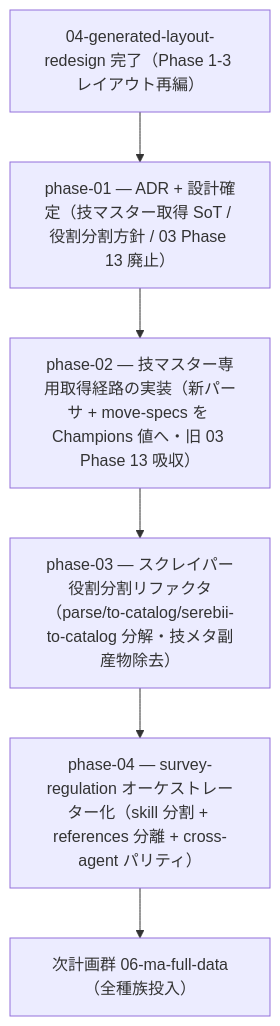
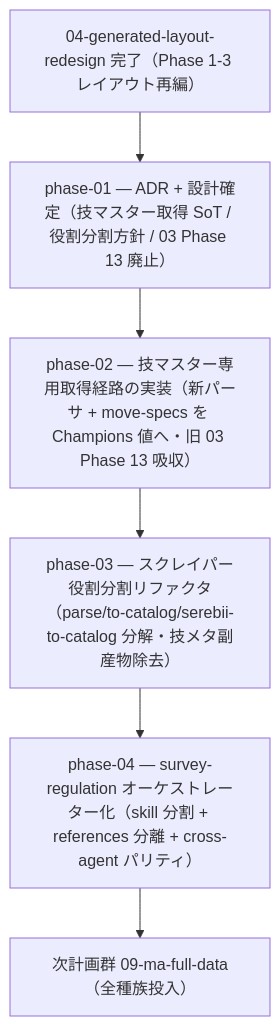
The diagram in docs/plan/05-move-master-scraper-refactor/README.md (subroh0508/pokeform), drawn with Mermaid before and after one commit. The commit also changed other lines of this file and 42 other files, not shown here.

First line of the commit message:
docs(plan): 計画 07/08 を起票し 06-ma-full-data を 09 へ renumber

````diff
--- a/docs/plan/05-move-master-scraper-refactor/README.md
+++ b/docs/plan/05-move-master-scraper-refactor/README.md
@@ -17,8 +17,8 @@
 ```mermaid
 flowchart TD
     P04[04-generated-layout-redesign 完了（Phase 1-3 レイアウト再編）] --> P1[phase-01 — ADR + 設計確定（技マスター取得 SoT / 役割分割方針 / 03 Phase 13 廃止）]
     P1 --> P2[phase-02 — 技マスター専用取得経路の実装（新パーサ + move-specs を Champions 値へ・旧 03 Phase 13 吸収）]
     P2 --> P3[phase-03 — スクレイパー役割分割リファクタ（parse/to-catalog/serebii-to-catalog 分解・技メタ副産物除去）]
     P3 --> P4[phase-04 — survey-regulation オーケストレーター化（skill 分割 + references 分離 + cross-agent パリティ）]
-    P4 --> P06[次計画群 06-ma-full-data（全種族投入）]
+    P4 --> P06[次計画群 09-ma-full-data（全種族投入）]
 ```
````
